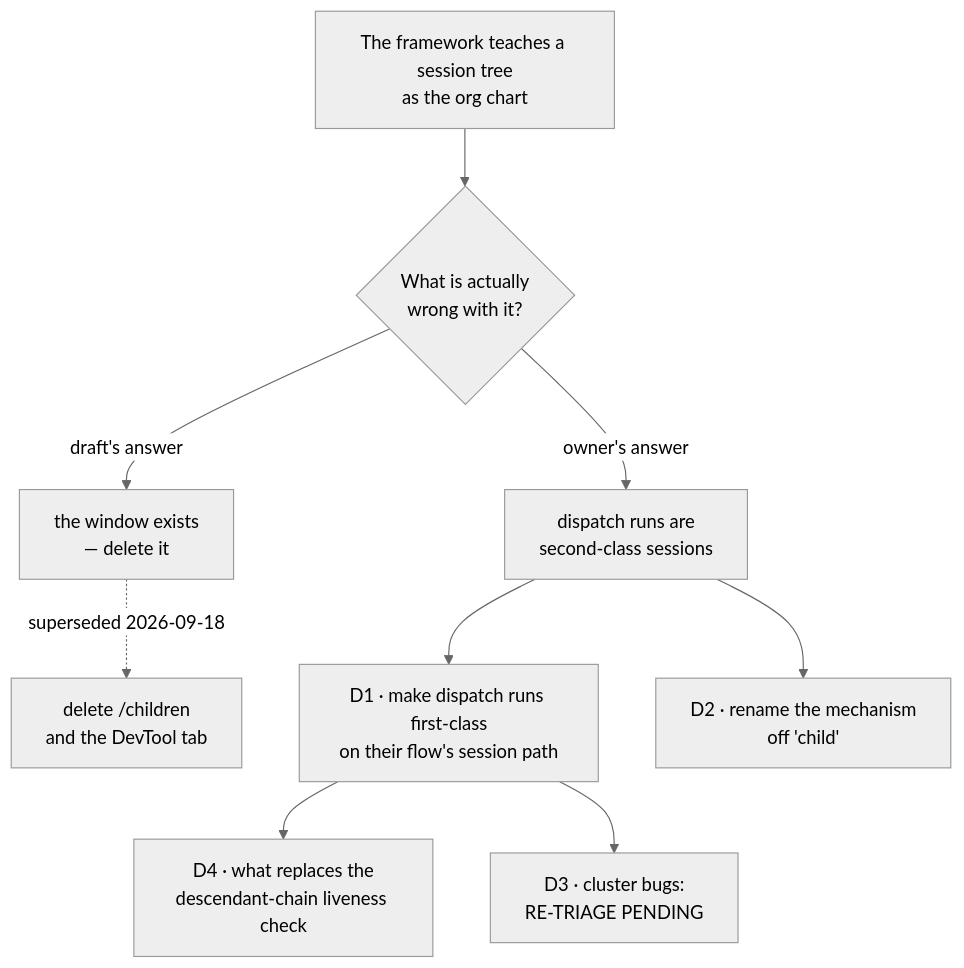
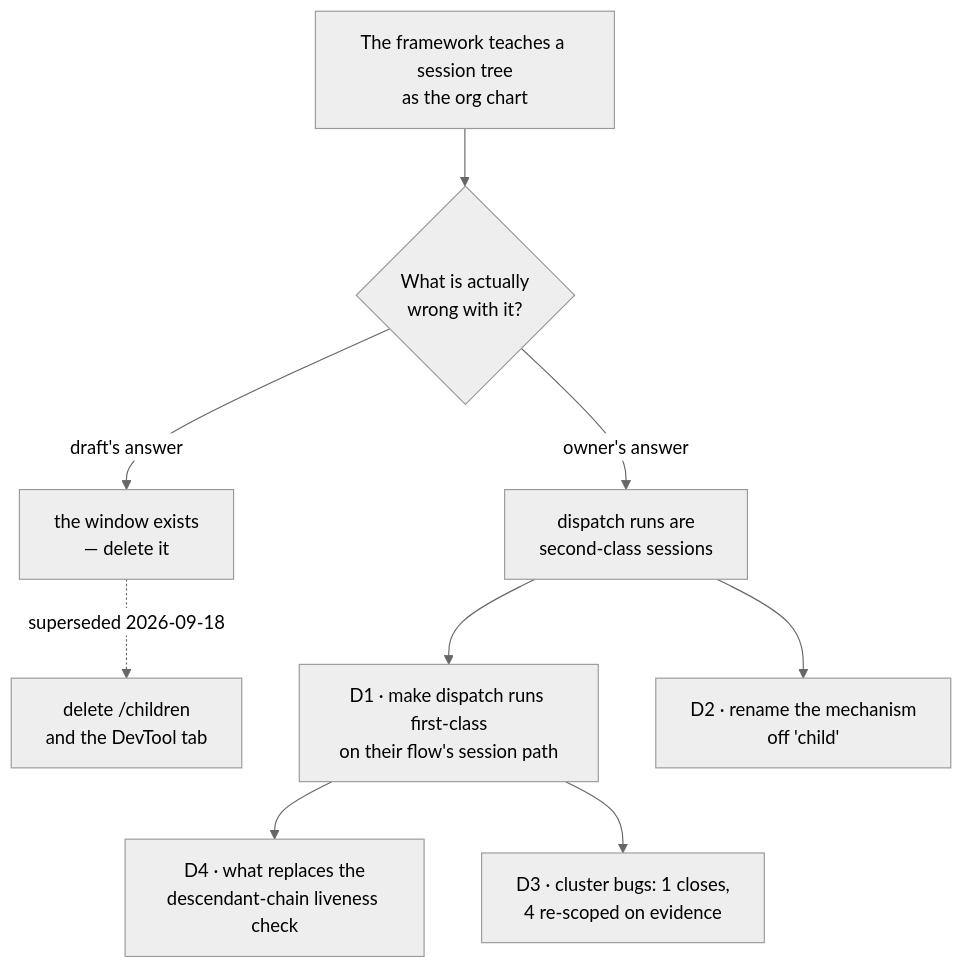
Before and after one commit to fixpoint-labs/flow-state-dev: the diagram in spec/FIX-1440/DECISIONS.md, drawn with Mermaid (neutral theme). The commit also changed other lines of this file and 3 other files, not shown here.

First line of the commit message:
spec(FIX-1440): re-triage the bug cluster on evidence, not on direction

````diff
--- a/spec/FIX-1440/DECISIONS.md
+++ b/spec/FIX-1440/DECISIONS.md
@@ -3,11 +3,11 @@
 ```mermaid
 flowchart TD
   I["The framework teaches a session tree<br/>as the org chart"] --> Q{"What is actually<br/>wrong with it?"}
   Q -->|"draft's answer"| X["the window exists<br/>— delete it"]
   Q -->|"owner's answer"| S["dispatch runs are<br/>second-class sessions"]
   X -.->|"superseded 2026-09-18"| Z["delete /children<br/>and the DevTool tab"]
   S --> D1["D1 · make dispatch runs first-class<br/>on their flow's session path"]
   S --> D2["D2 · rename the mechanism<br/>off 'child'"]
   D1 --> D4["D4 · what replaces the<br/>descendant-chain liveness check"]
-  D1 --> D3["D3 · cluster bugs:<br/>RE-TRIAGE PENDING"]
+  D1 --> D3["D3 · cluster bugs: 1 closes,<br/>4 re-scoped on evidence"]
 ```
````
